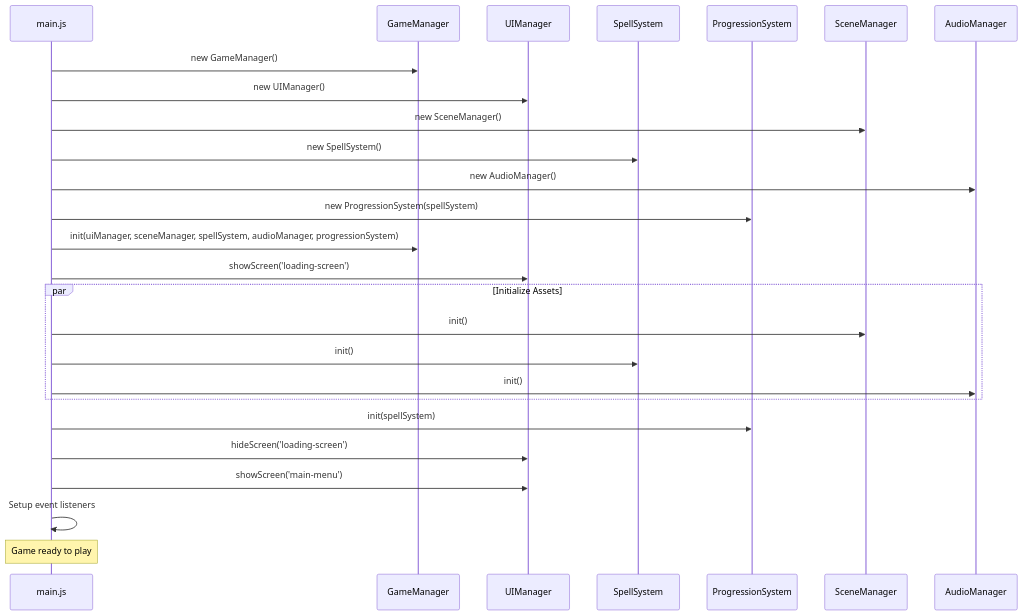
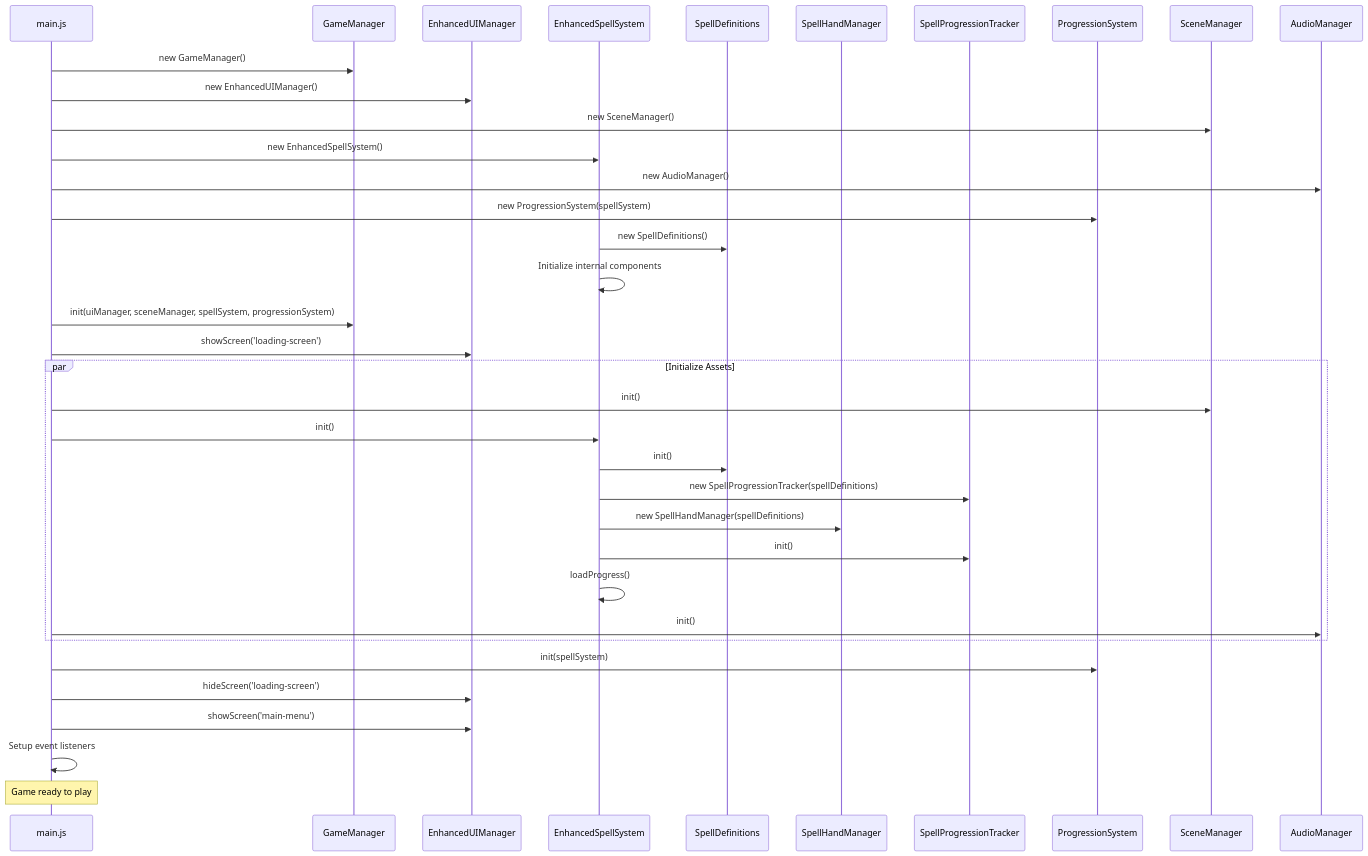
The second of 8 diagrams in docs/process_maps.md (magejosh/wizards-choice), drawn with Mermaid before and after one commit. The commit also changed other lines of this file and 21 other files, not shown here.

````diff
--- a/docs/process_maps.md
+++ b/docs/process_maps.md
@@ -47,33 +47,44 @@
 ```mermaid
 sequenceDiagram
     participant Main as main.js
     participant GM as GameManager
-    participant UI as UIManager
-    participant SS as SpellSystem
+    participant UI as EnhancedUIManager
+    participant SS as EnhancedSpellSystem
+    participant SD as SpellDefinitions
+    participant SH as SpellHandManager
+    participant SP as SpellProgressionTracker
     participant PS as ProgressionSystem
     participant SM as SceneManager
     participant AM as AudioManager
     
     Main->>GM: new GameManager()
-    Main->>UI: new UIManager()
+    Main->>UI: new EnhancedUIManager()
     Main->>SM: new SceneManager()
-    Main->>SS: new SpellSystem()
+    Main->>SS: new EnhancedSpellSystem()
     Main->>AM: new AudioManager()
     Main->>PS: new ProgressionSystem(spellSystem)
     
-    Main->>GM: init(uiManager, sceneManager, spellSystem, audioManager, progressionSystem)
+    SS->>SD: new SpellDefinitions()
+    SS->>SS: Initialize internal components
+    
+    Main->>GM: init(uiManager, sceneManager, spellSystem, progressionSystem)
     Main->>UI: showScreen('loading-screen')
     
     par Initialize Assets
         Main->>SM: init()
         Main->>SS: init()
+        SS->>SD: init()
+        SS->>SP: new SpellProgressionTracker(spellDefinitions)
+        SS->>SH: new SpellHandManager(spellDefinitions)
+        SS->>SP: init()
+        SS->>SS: loadProgress()
         Main->>AM: init()
     end
     
     Main->>PS: init(spellSystem)
     Main->>UI: hideScreen('loading-screen')
     Main->>UI: showScreen('main-menu')
     
     Main->>Main: Setup event listeners
     Note over Main: Game ready to play
 ```
````
